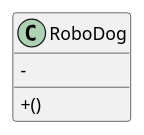
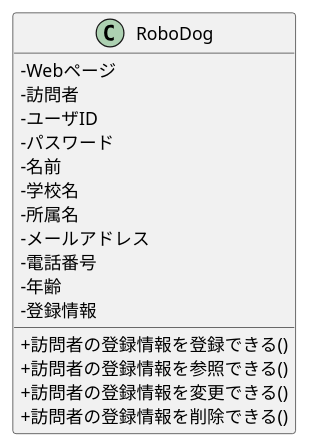
Before and after one commit to ko246/ohara_uml: the diagram in group/07_web_visitor/class.pu, drawn with PlantUML.

Commit message:
class.pu変更

```diff
--- a/group/07_web_visitor/class.pu
+++ b/group/07_web_visitor/class.pu
@@ -1,12 +1,26 @@
-@startuml class
+@startuml 訪問者システム
 skinparam classAttributeIconSize 0
 class RoboDog {
     '属性
-    -
+    -Webページ
+    -訪問者
+    -ユーザID
+    -パスワード
+    -名前
+    -学校名
+    -所属名
+    -メールアドレス
+    -電話番号
+    -年齢
+    -登録情報
+
 
     '操作
-    +()
+    +訪問者の登録情報を登録できる()
+    +訪問者の登録情報を参照できる()
+    +訪問者の登録情報を変更できる()
+    +訪問者の登録情報を削除できる()
     
 }
 
 @enduml
```
